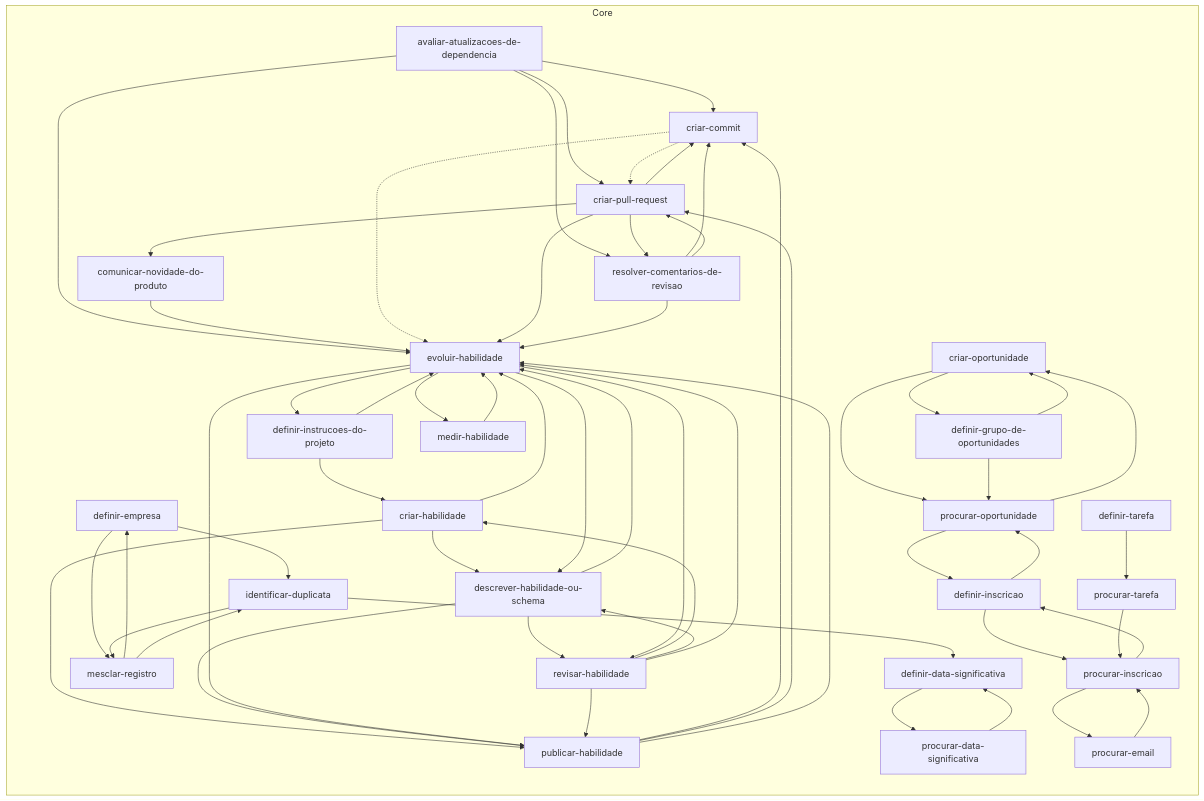
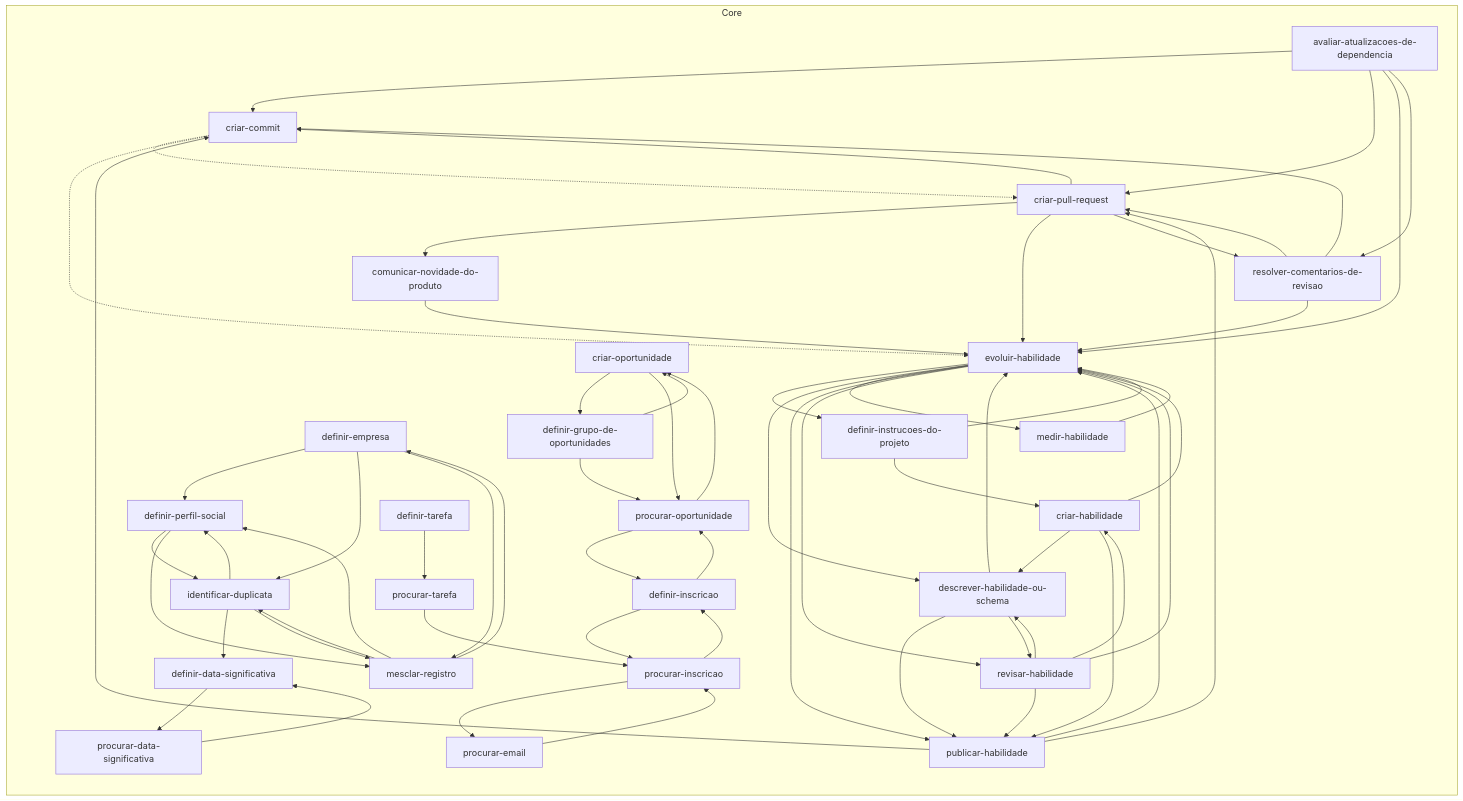
One commit to jimmyandrade/harness changed the diagram in .agents/skills/README.md. Above: the diagram before and after it, drawn with Mermaid. The commit also changed 9 other files, not shown here.

First line of the commit message:
feat(definir-perfil-social): move the skill to the core

```diff
--- a/.agents/skills/README.md
+++ b/.agents/skills/README.md
@@ -22,6 +22,7 @@
     definir_grupo_de_oportunidades["definir-grupo-de-oportunidades"]
     definir_inscricao["definir-inscricao"]
     definir_instrucoes_do_projeto["definir-instrucoes-do-projeto"]
+    definir_perfil_social["definir-perfil-social"]
     definir_tarefa["definir-tarefa"]
     descrever_habilidade_ou_schema["descrever-habilidade-ou-schema"]
     evoluir_habilidade["evoluir-habilidade"]
@@ -54,6 +55,7 @@
   criar_pull_request --> evoluir_habilidade
   criar_pull_request --> resolver_comentarios_de_revisao
   definir_data_significativa --> procurar_data_significativa
+  definir_empresa --> definir_perfil_social
   definir_empresa --> identificar_duplicata
   definir_empresa --> mesclar_registro
   definir_grupo_de_oportunidades --> criar_oportunidade
@@ -62,6 +64,8 @@
   definir_inscricao --> procurar_oportunidade
   definir_instrucoes_do_projeto --> criar_habilidade
   definir_instrucoes_do_projeto --> evoluir_habilidade
+  definir_perfil_social --> identificar_duplicata
+  definir_perfil_social --> mesclar_registro
   definir_tarefa --> procurar_tarefa
   descrever_habilidade_ou_schema --> evoluir_habilidade
   descrever_habilidade_ou_schema --> publicar_habilidade
@@ -72,9 +76,11 @@
   evoluir_habilidade --> publicar_habilidade
   evoluir_habilidade --> revisar_habilidade
   identificar_duplicata --> definir_data_significativa
+  identificar_duplicata --> definir_perfil_social
   identificar_duplicata --> mesclar_registro
   medir_habilidade --> evoluir_habilidade
   mesclar_registro --> definir_empresa
+  mesclar_registro --> definir_perfil_social
   mesclar_registro --> identificar_duplicata
   procurar_data_significativa --> definir_data_significativa
   procurar_email --> procurar_inscricao
```
